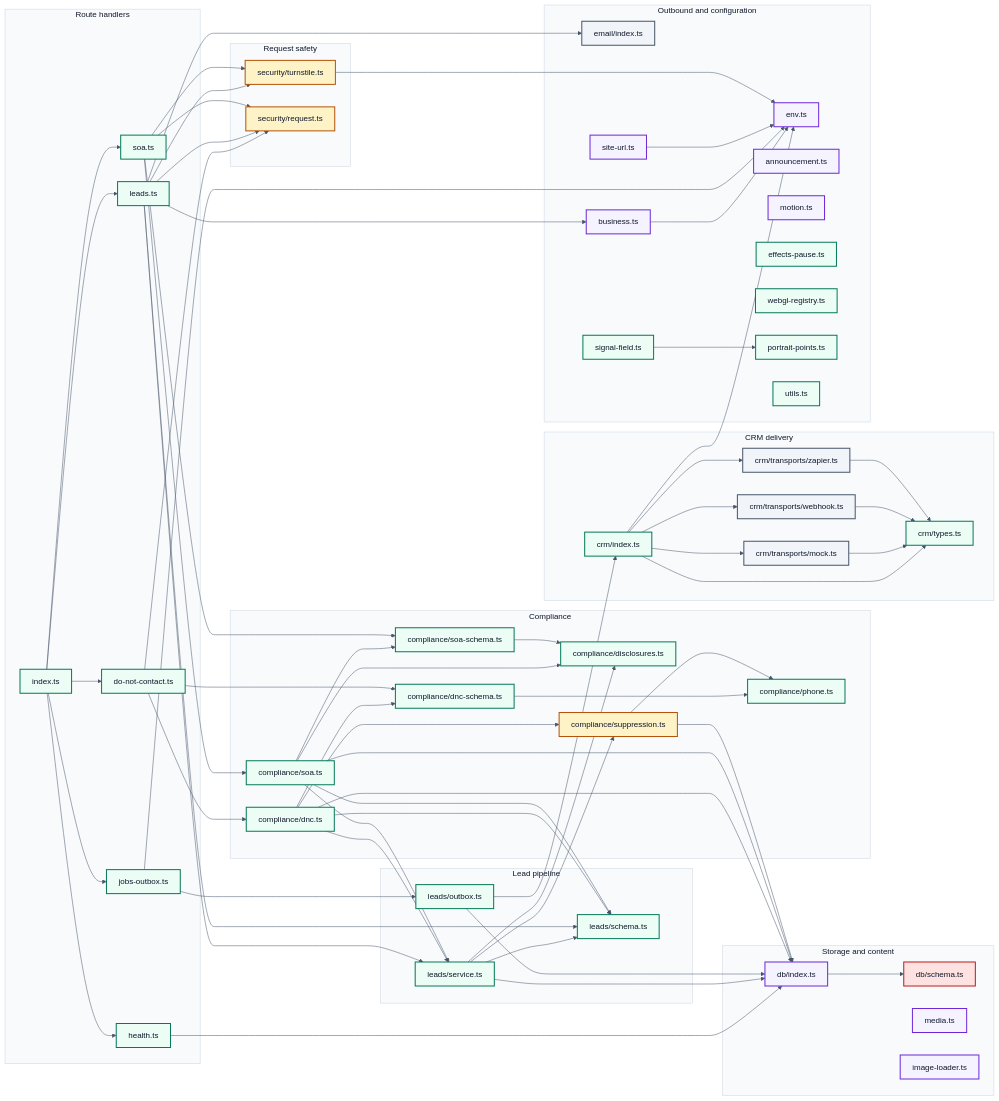
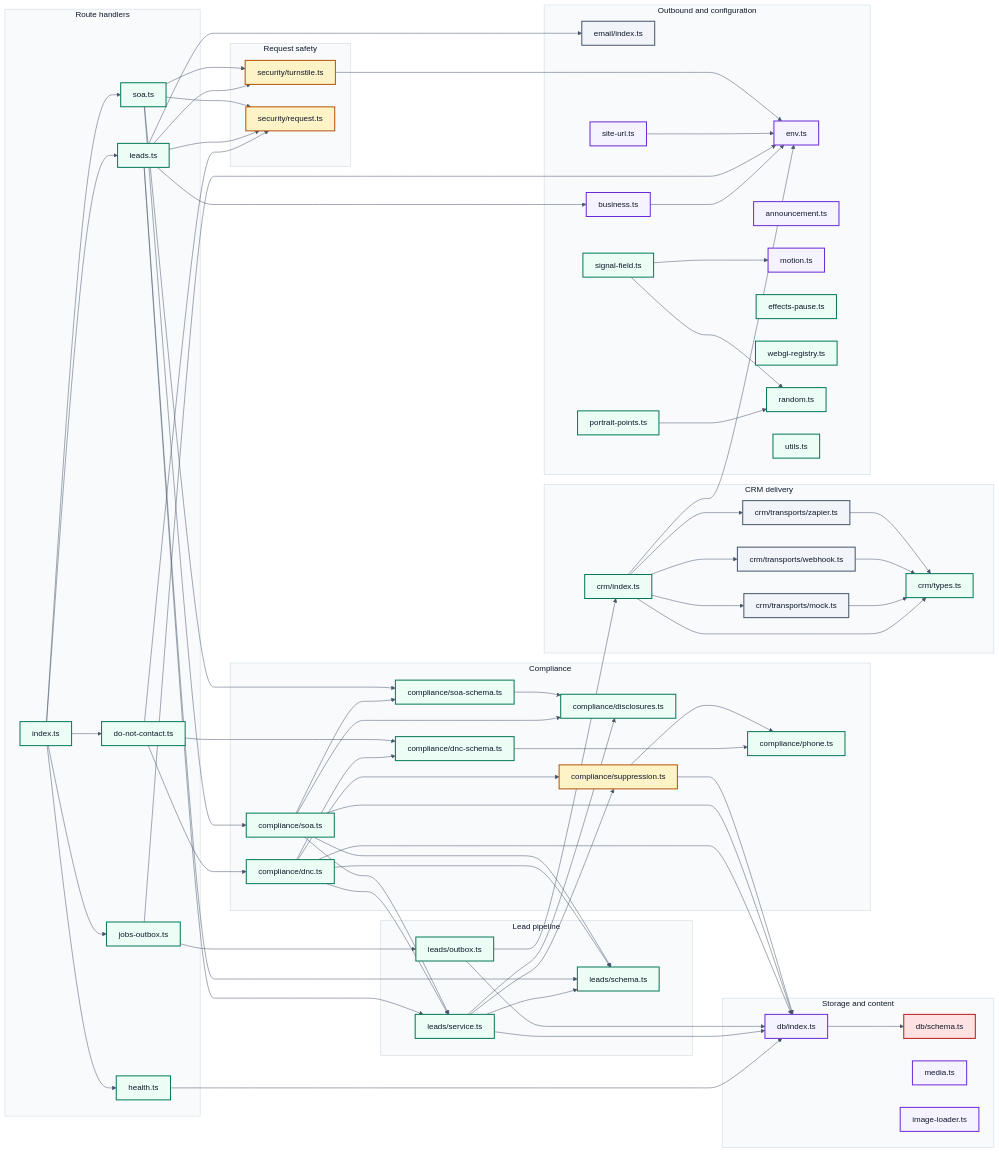
Before and after one commit to marc-mccarthy/legacy-benefits-mn: the diagram in docs/diagrams/D5-module-map.mmd, drawn with Mermaid. The commit also changed 22 other files, not shown here.

```diff
--- a/docs/diagrams/D5-module-map.mmd
+++ b/docs/diagrams/D5-module-map.mmd
@@ -1,141 +1,144 @@
 %%{init: {"theme":"base","themeVariables":{"fontFamily":"Helvetica Neue, Helvetica, Arial, sans-serif","fontSize":"16px","textColor":"#0F172A","background":"#FFFFFF","lineColor":"#475569","mainBkg":"#EFF6FF","nodeBorder":"#1D4ED8","primaryColor":"#EFF6FF","primaryBorderColor":"#1D4ED8","primaryTextColor":"#0F172A","secondaryColor":"#F1F5F9","secondaryBorderColor":"#475569","secondaryTextColor":"#0F172A","tertiaryColor":"#F8FAFC","tertiaryBorderColor":"#CBD5E1","tertiaryTextColor":"#0F172A","clusterBkg":"#F8FAFC","clusterBorder":"#CBD5E1","edgeLabelBackground":"#FFFFFF","actorBkg":"#EEF2FF","actorBorder":"#4338CA","actorTextColor":"#0F172A","signalColor":"#475569","signalTextColor":"#0F172A","noteBkgColor":"#FEF3C7","noteBorderColor":"#B45309","noteTextColor":"#0F172A","activationBkgColor":"#ECFDF5","activationBorderColor":"#047857","labelBoxBkgColor":"#FEF3C7","labelBoxBorderColor":"#B45309","sequenceNumberColor":"#FFFFFF"},"flowchart":{"htmlLabels":false,"curve":"basis","nodeSpacing":45,"rankSpacing":60,"padding":12},"sequence":{"useMaxWidth":false,"htmlLabels":false,"mirrorActors":false,"wrap":true,"width":190}}}%%
 flowchart LR
 accTitle: Every server module this repository owns, and what each one imports
 accDescr {
   A left-to-right map of the server side of the application, derived from the imports in the
   code rather than drawn by hand, so it cannot describe a wiring that no longer exists. Each
   box is one module; each arrow is one module importing another. Route handlers sit on the
   left, since every request enters through one of them. The two modules that verify a request
   and the one that decides whether a person may be contacted are drawn as gates, because their
   job is to reject. The database schema is drawn as regulated data, because that is what it
   declares. Test files are excluded: a test importing a module says nothing about how the
-  application is wired. 38 modules and 54 imports are drawn.
+  application is wired. 39 modules and 56 imports are drawn.
 }
 
 subgraph Routehandlers ["Route handlers"]
   apiRouter["index.ts"]
   leadsRoute["leads.ts"]
   soaRoute["soa.ts"]
   dncRoute["do-not-contact.ts"]
   jobsRoute["jobs-outbox.ts"]
   healthRoute["health.ts"]
 end
 
 subgraph Requestsafety ["Request safety"]
   turnstile["security/turnstile.ts"]
   request["security/request.ts"]
 end
 
 subgraph Leadpipeline ["Lead pipeline"]
   leadService["leads/service.ts"]
   leadSchema["leads/schema.ts"]
   outbox["leads/outbox.ts"]
 end
 
 subgraph Compliance ["Compliance"]
   disclosures["compliance/disclosures.ts"]
   suppression["compliance/suppression.ts"]
   phone["compliance/phone.ts"]
   dnc["compliance/dnc.ts"]
   dncSchema["compliance/dnc-schema.ts"]
   soa["compliance/soa.ts"]
   soaSchema["compliance/soa-schema.ts"]
 end
 
 subgraph CRMdelivery ["CRM delivery"]
   crm["crm/index.ts"]
   crmTypes["crm/types.ts"]
   webhook["crm/transports/webhook.ts"]
   zapier["crm/transports/zapier.ts"]
   mock["crm/transports/mock.ts"]
 end
 
 subgraph Storageandcontent ["Storage and content"]
   db["db/index.ts"]
   dbSchema["db/schema.ts"]
   media["media.ts"]
   imageLoader["image-loader.ts"]
 end
 
 subgraph Outboundandconfiguration ["Outbound and configuration"]
   email["email/index.ts"]
   env["env.ts"]
   siteUrl["site-url.ts"]
   business["business.ts"]
   announcement["announcement.ts"]
   motion["motion.ts"]
   effectsPause["effects-pause.ts"]
   webglRegistry["webgl-registry.ts"]
   portraitPoints["portrait-points.ts"]
   signalField["signal-field.ts"]
+  random["random.ts"]
   utils["utils.ts"]
 end
 
 apiRouter --> dncRoute
 apiRouter --> healthRoute
 apiRouter --> jobsRoute
 apiRouter --> leadsRoute
 apiRouter --> soaRoute
 business --> env
 crm --> crmTypes
 crm --> env
 crm --> mock
 crm --> webhook
 crm --> zapier
 db --> dbSchema
 dnc --> db
 dnc --> dncSchema
 dnc --> leadSchema
 dnc --> leadService
 dnc --> suppression
 dncRoute --> dnc
 dncRoute --> dncSchema
 dncRoute --> request
 dncSchema --> phone
 healthRoute --> db
 jobsRoute --> env
 jobsRoute --> outbox
 leadService --> db
 leadService --> disclosures
 leadService --> leadSchema
 leadService --> suppression
 leadsRoute --> business
 leadsRoute --> email
 leadsRoute --> leadSchema
 leadsRoute --> leadService
 leadsRoute --> request
 leadsRoute --> turnstile
 mock --> crmTypes
 outbox --> crm
 outbox --> db
-signalField --> portraitPoints
+portraitPoints --> random
+signalField --> motion
+signalField --> random
 siteUrl --> env
 soa --> db
 soa --> disclosures
 soa --> leadSchema
 soa --> leadService
 soa --> soaSchema
 soaRoute --> request
 soaRoute --> soa
 soaRoute --> soaSchema
 soaRoute --> turnstile
 soaSchema --> disclosures
 suppression --> db
 suppression --> phone
 turnstile --> env
 webhook --> crmTypes
 zapier --> crmTypes
 
 classDef human    fill:#EEF2FF,stroke:#4338CA,stroke-width:2px,color:#0F172A
 classDef client   fill:#EFF6FF,stroke:#1D4ED8,stroke-width:2px,color:#0F172A
 classDef ours     fill:#ECFDF5,stroke:#047857,stroke-width:2px,color:#0F172A
 classDef guard    fill:#FEF3C7,stroke:#B45309,stroke-width:2px,color:#0F172A
 classDef vendor   fill:#F1F5F9,stroke:#475569,stroke-width:2px,color:#0F172A
 classDef phi      fill:#FEE2E2,stroke:#B91C1C,stroke-width:2px,color:#0F172A
 classDef artifact fill:#F5F3FF,stroke:#6D28D9,stroke-width:2px,color:#0F172A
 
-class apiRouter,leadsRoute,soaRoute,dncRoute,jobsRoute,healthRoute,leadService,leadSchema,outbox,disclosures,phone,dnc,dncSchema,soa,soaSchema,crm,crmTypes,effectsPause,webglRegistry,portraitPoints,signalField,utils ours
+class apiRouter,leadsRoute,soaRoute,dncRoute,jobsRoute,healthRoute,leadService,leadSchema,outbox,disclosures,phone,dnc,dncSchema,soa,soaSchema,crm,crmTypes,effectsPause,webglRegistry,portraitPoints,signalField,random,utils ours
 class turnstile,request,suppression guard
 class webhook,zapier,mock,email vendor
 class dbSchema phi
 class db,media,imageLoader,env,siteUrl,business,announcement,motion artifact
```
